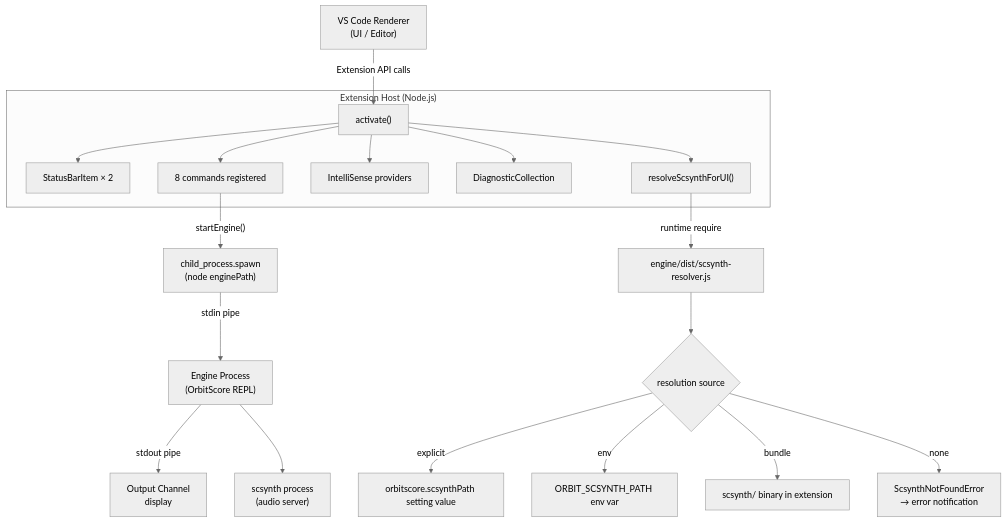
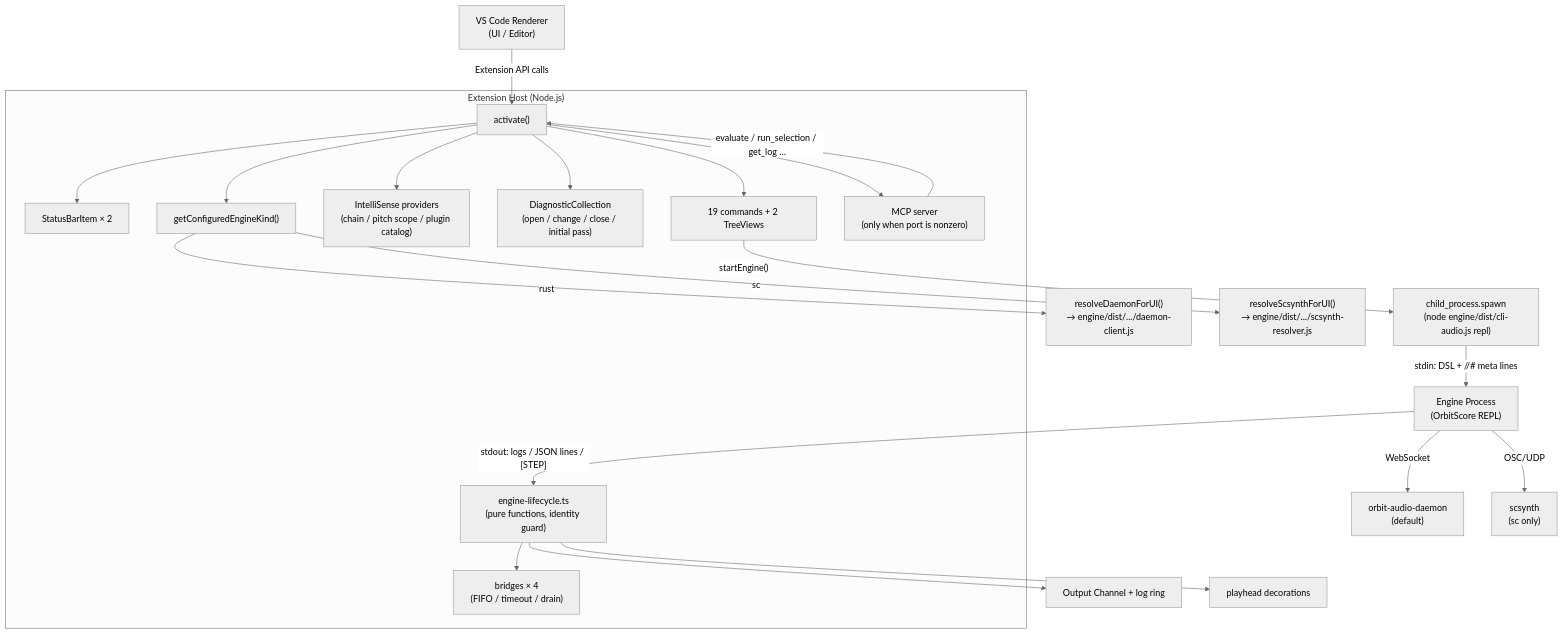
The diagram in sites/dev/en/editor/vscode-architecture.md (signalcompose/orbitscore), drawn with Mermaid (neutral theme) before and after one commit. The commit also changed other lines of this file and 6 other files, not shown here.

````diff
--- a/sites/dev/en/editor/vscode-architecture.md
+++ b/sites/dev/en/editor/vscode-architecture.md
@@ -410,25 +759,29 @@
 ```mermaid
 flowchart TD
     A["VS Code Renderer\n(UI / Editor)"] -->|"Extension API calls"| B
 
     subgraph ExtHost["Extension Host (Node.js)"]
         B["activate()"]
         B --> C["StatusBarItem × 2"]
-        B --> D["8 commands registered"]
-        B --> E["IntelliSense providers"]
-        B --> F["DiagnosticCollection"]
-        B --> G["resolveScsynthForUI()"]
+        B --> D["19 commands + 2 TreeViews"]
+        B --> E["IntelliSense providers\n(chain / pitch scope / plugin catalog)"]
+        B --> F["DiagnosticCollection\n(open / change / close / initial pass)"]
+        B --> G["getConfiguredEngineKind()"]
+        B --> MCP["MCP server\n(only when port is nonzero)"]
+        LC["engine-lifecycle.ts\n(pure functions, identity guard)"]
+        BR["bridges × 4\n(FIFO / timeout / drain)"]
     end
 
-    G -->|"runtime require"| H["engine/dist/scsynth-resolver.js"]
-    H --> I{"resolution source"}
-    I -->|"explicit"| J["orbitscore.scsynthPath setting value"]
-    I -->|"env"| K["ORBIT_SCSYNTH_PATH env var"]
-    I -->|"bundle"| L["scsynth/ binary in extension"]
-    I -->|"none"| M["ScsynthNotFoundError\n→ error notification"]
+    G -->|"rust"| H1["resolveDaemonForUI()\n→ engine/dist/.../daemon-client.js"]
+    G -->|"sc"| H2["resolveScsynthForUI()\n→ engine/dist/.../scsynth-resolver.js"]
 
-    D -->|"startEngine()"| N["child_process.spawn\n(node enginePath)"]
-    N -->|"stdin pipe"| O["Engine Process\n(OrbitScore REPL)"]
-    O -->|"stdout pipe"| P["Output Channel\ndisplay"]
-    O --> Q["scsynth process\n(audio server)"]
+    D -->|"startEngine()"| N["child_process.spawn\n(node engine/dist/cli-audio.js repl)"]
+    N -->|"stdin: DSL + //# meta lines"| O["Engine Process\n(OrbitScore REPL)"]
+    O -->|"stdout: logs / JSON lines / [STEP]"| LC
+    LC --> P["Output Channel + log ring"]
+    LC --> BR
+    LC --> PH["playhead decorations"]
+    O -->|"WebSocket"| Q1["orbit-audio-daemon\n(default)"]
+    O -->|"OSC/UDP"| Q2["scsynth\n(sc only)"]
+    MCP -->|"evaluate / run_selection / get_log …"| B
 ```
````
